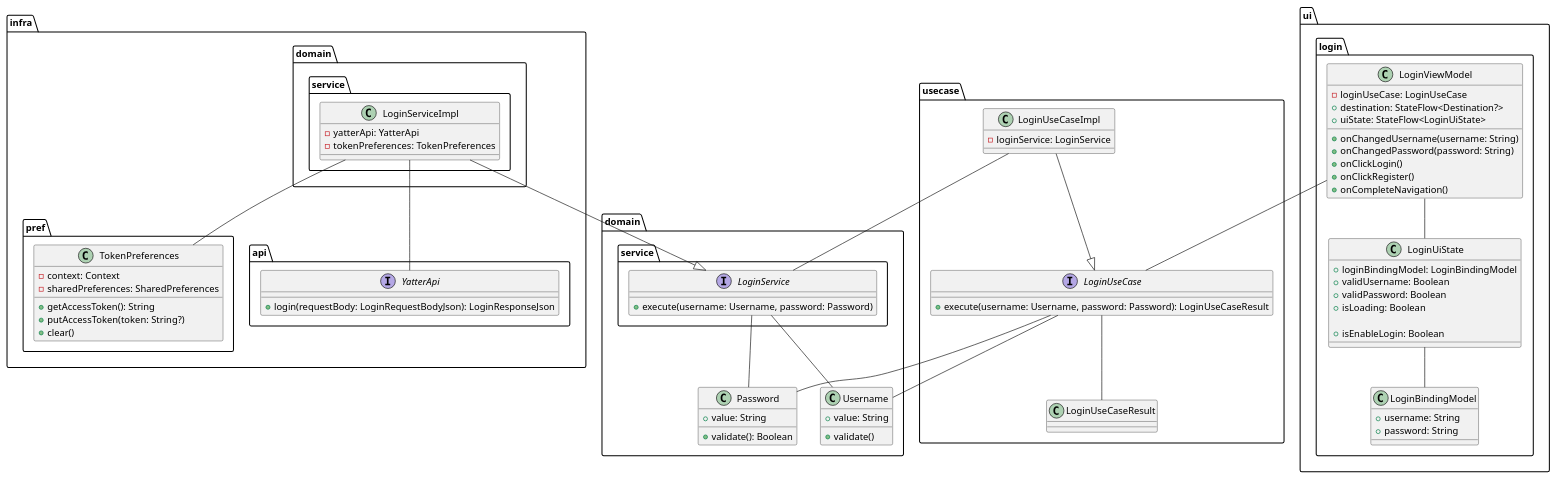
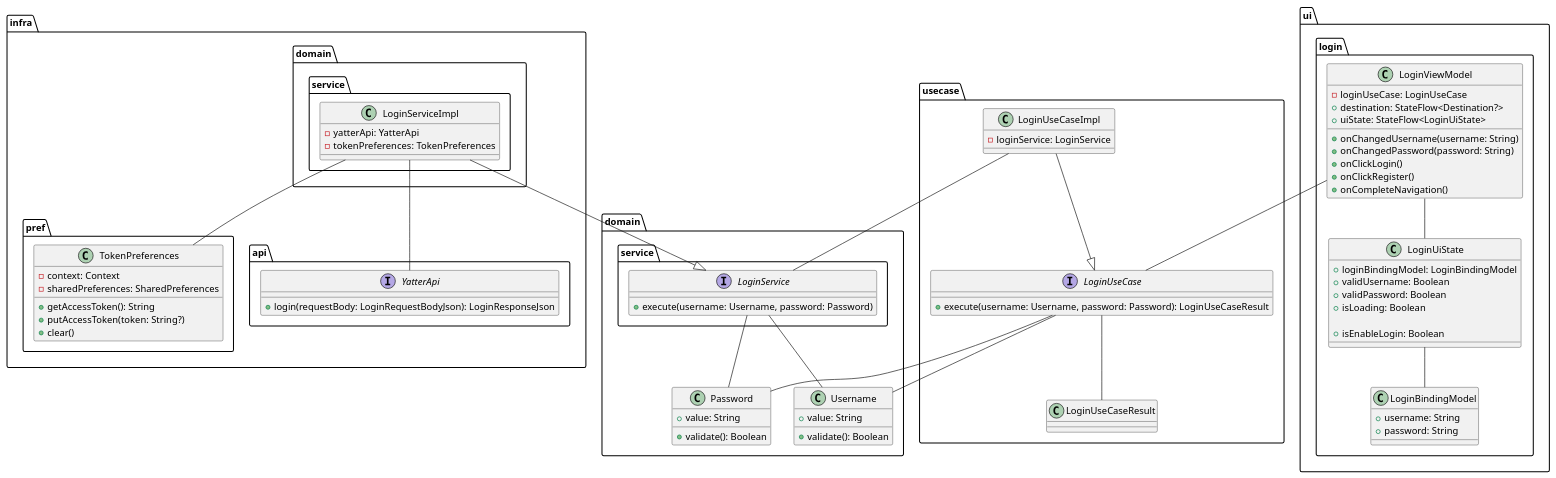
One commit to suzukibelltree/Yatter2025-Internship changed the diagram in design/login.puml. Above: the diagram before and after it, drawn with PlantUML.

Commit message:
login.puml修正

```diff
--- a/design/login.puml
+++ b/design/login.puml
@@ -1,107 +1,107 @@
 @startuml
 
 package domain {
   class Password {
     + value: String
     + validate(): Boolean
   }
 
   class Username {
     + value: String
-    + validate()
+    + validate(): Boolean
   }
 
   package service {
     interface LoginService {
       + execute(username: Username, password: Password)
     }
   }
 }
 
 package infra {
   package pref {
     class TokenPreferences {
       - context: Context
       - sharedPreferences: SharedPreferences
       + getAccessToken(): String
       + putAccessToken(token: String?)
       + clear()
     }
   }
 
   package domain {
     package service {
       class LoginServiceImpl {
         - yatterApi: YatterApi
         - tokenPreferences: TokenPreferences
       }
     }
   }
 
   package api {
     interface YatterApi {
       + login(requestBody: LoginRequestBodyJson): LoginResponseJson
     }
   }
 }
 
 package usecase {
   interface LoginUseCase {
     + execute(username: Username, password: Password): LoginUseCaseResult
   }
 
   class LoginUseCaseImpl {
     - loginService: LoginService
   }
 
   class LoginUseCaseResult {
   }
 }
 
 package ui {
   package login {
     class LoginViewModel {
       - loginUseCase: LoginUseCase
       + destination: StateFlow<Destination?>
       + uiState: StateFlow<LoginUiState>
 
       + onChangedUsername(username: String)
       + onChangedPassword(password: String)
       + onClickLogin()
       + onClickRegister()
       + onCompleteNavigation()
     }
     class LoginUiState {
       + loginBindingModel: LoginBindingModel
       + validUsername: Boolean
       + validPassword: Boolean
       + isLoading: Boolean
 
       + isEnableLogin: Boolean
     }
     class LoginBindingModel {
       + username: String
       + password: String
     }
   }
 }
 
 LoginServiceImpl -- TokenPreferences
 LoginServiceImpl -- YatterApi
 LoginServiceImpl --|> LoginService
 
 LoginViewModel -- LoginUseCase
 LoginViewModel -- LoginUiState
 LoginUiState -- LoginBindingModel
 
 LoginUseCaseImpl -- LoginService
 LoginUseCaseImpl --|> LoginUseCase
 
 LoginUseCase -- LoginUseCaseResult
 
 LoginUseCase -- Username
 LoginUseCase -- Password
 
 LoginService -- Username
 LoginService -- Password
 @enduml
```
